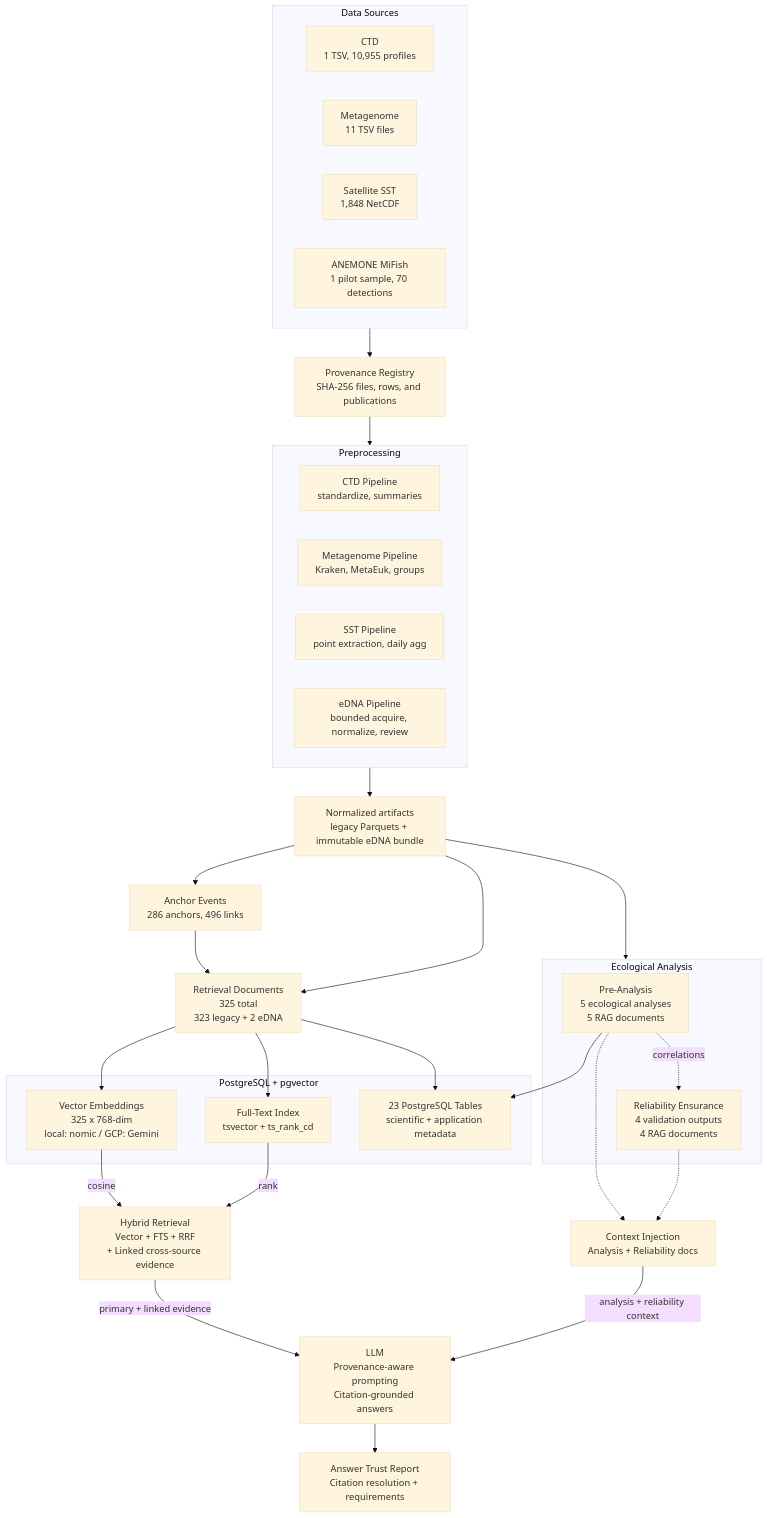
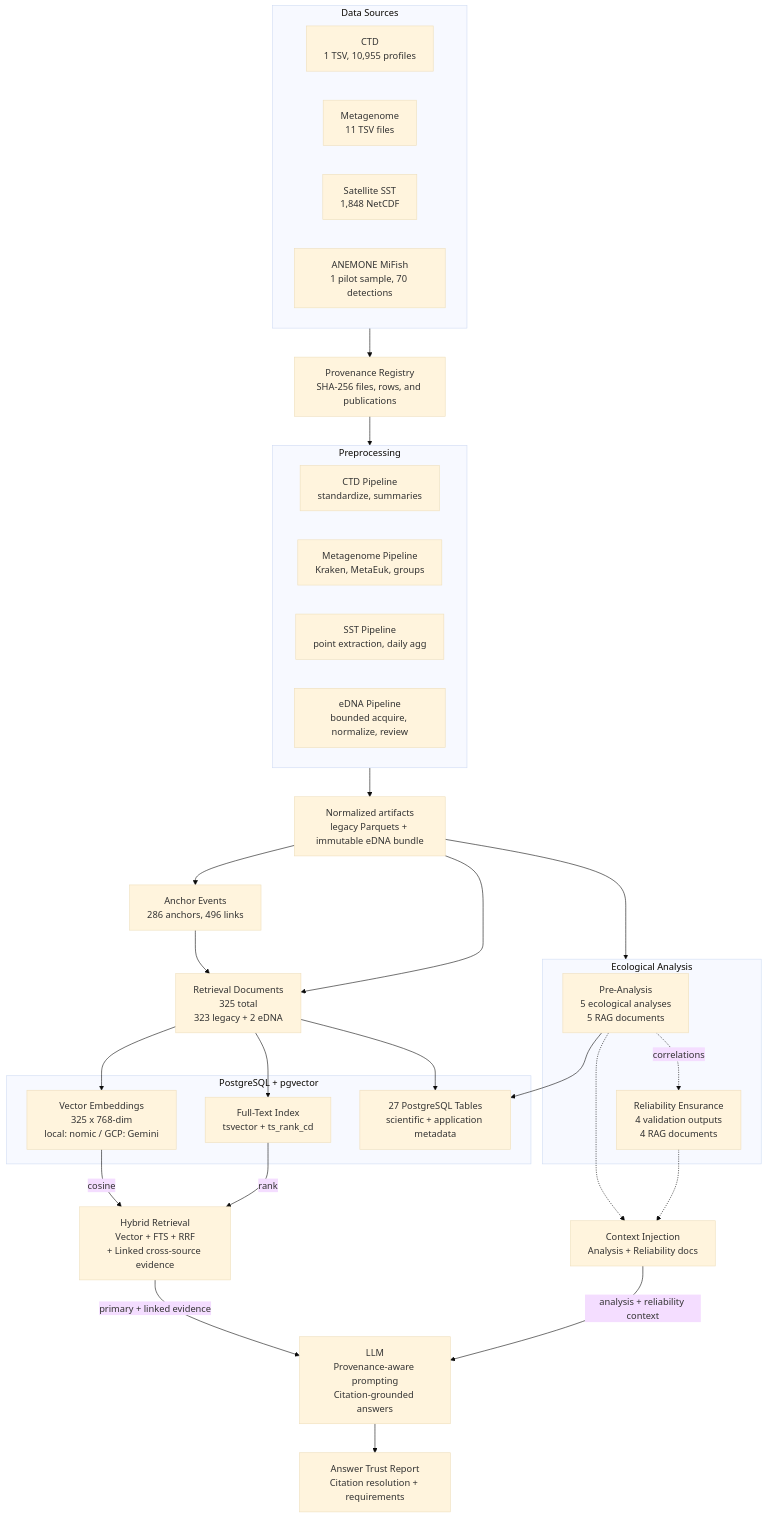
The diagram in README.md (jarondlk/ocean-platform), drawn with Mermaid (base theme) before and after one commit. The commit also changed other lines of this file and 20 other files, not shown here.

````diff
--- a/README.md
+++ b/README.md
@@ -145,55 +144,55 @@
 ```mermaid
 flowchart TB
     subgraph Sources["Data Sources"]
         CTD["CTD\n1 TSV, 10,955 profiles"]
         META["Metagenome\n11 TSV files"]
         SST["Satellite SST\n1,848 NetCDF"]
         EDNA["ANEMONE MiFish\n1 pilot sample, 70 detections"]
     end
 
     PROV["Provenance Registry\nSHA-256 files, rows, and publications"]
 
     subgraph Preprocess["Preprocessing"]
         CTD_PP["CTD Pipeline\nstandardize, summaries"]
         META_PP["Metagenome Pipeline\nKraken, MetaEuk, groups"]
         SST_PP["SST Pipeline\npoint extraction, daily agg"]
         EDNA_PP["eDNA Pipeline\nbounded acquire, normalize, review"]
     end
 
     NORM["Normalized artifacts\nlegacy Parquets + immutable eDNA bundle"]
     ANCHOR["Anchor Events\n286 anchors, 496 links"]
 
     subgraph Analysis["Ecological Analysis"]
         PREANA["Pre-Analysis\n5 ecological analyses\n5 RAG documents"]
         RELIAB["Reliability Ensurance\n4 validation outputs\n4 RAG documents"]
     end
 
     RETDOCS["Retrieval Documents\n325 total\n323 legacy + 2 eDNA"]
 
     subgraph Storage["PostgreSQL + pgvector"]
         EMB["Vector Embeddings\n325 x 768-dim\nlocal: nomic / GCP: Gemini"]
         FTS["Full-Text Index\ntsvector + ts_rank_cd"]
-        DB["23 PostgreSQL Tables\nscientific + application metadata"]
+        DB["27 PostgreSQL Tables\nscientific + application metadata"]
     end
 
     RET["Hybrid Retrieval\nVector + FTS + RRF\n+ Linked cross-source evidence"]
     CTX["Context Injection\nAnalysis + Reliability docs"]
     LLM["LLM\nProvenance-aware prompting\nCitation-grounded answers"]
     AUDIT["Answer Trust Report\nCitation resolution + requirements"]
 
     Sources --> PROV --> Preprocess --> NORM
     NORM --> ANCHOR
     NORM --> Analysis
     PREANA -.->|correlations| RELIAB
     ANCHOR --> RETDOCS
     NORM --> RETDOCS
     RETDOCS --> EMB & FTS & DB
     PREANA --> DB
     EMB -->|cosine| RET
     FTS -->|rank| RET
     PREANA -.-> CTX
     RELIAB -.-> CTX
     RET -->|primary + linked evidence| LLM
     CTX -->|analysis + reliability context| LLM
     LLM --> AUDIT
 ```
````
